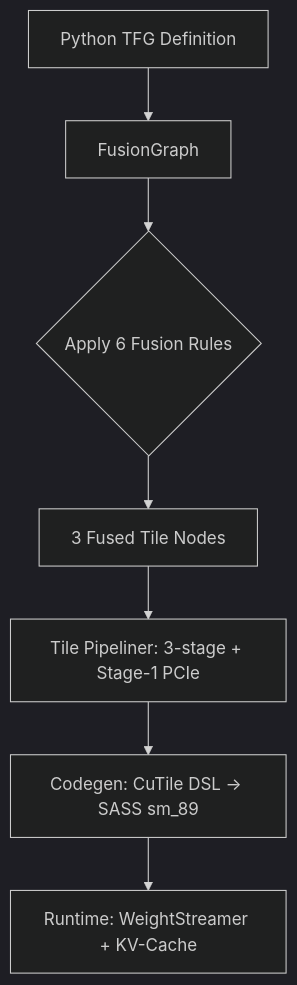
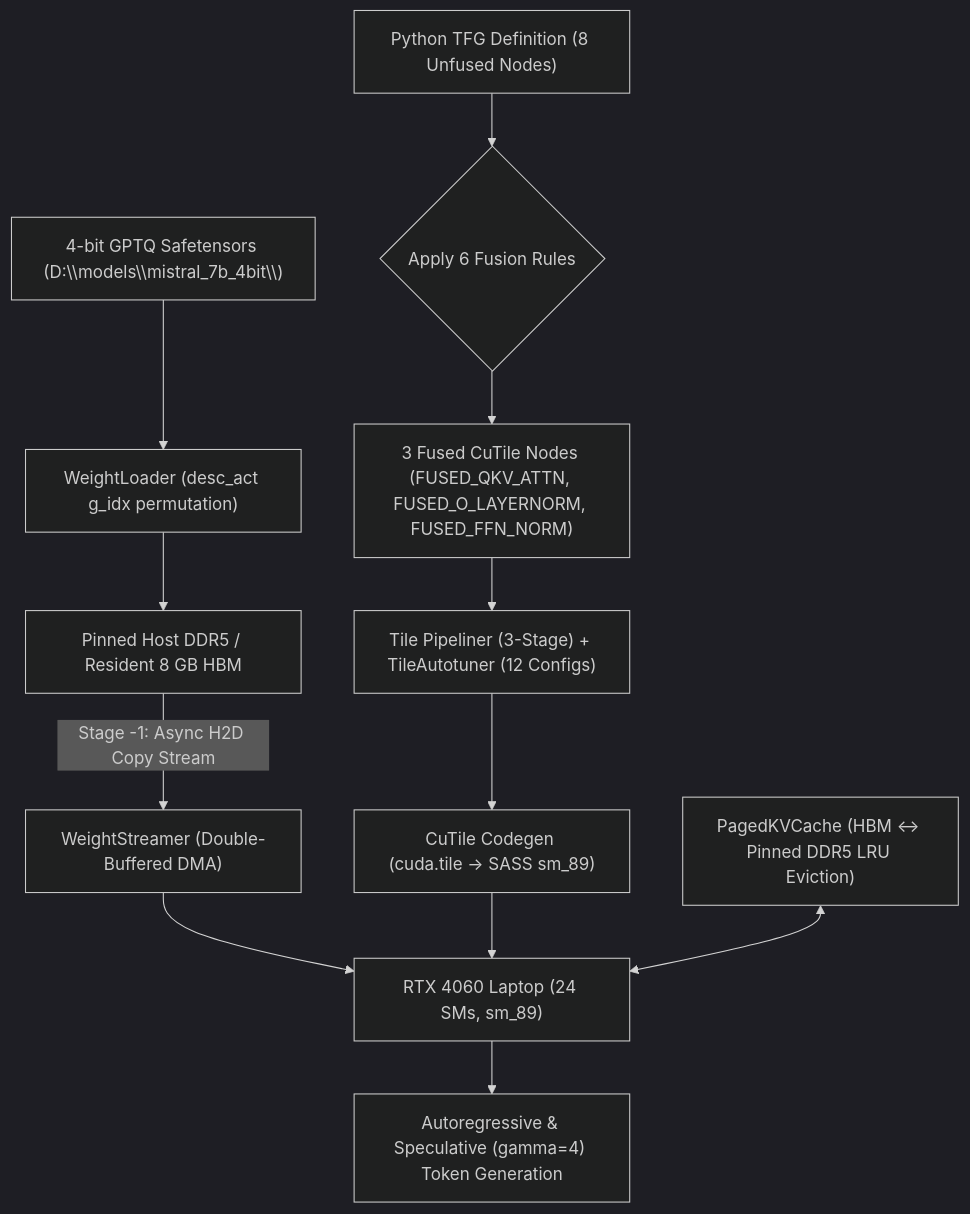
Before and after one commit to samudragupto/cutile-forge: the first of 3 diagrams in docs/ARCHITECTURE.md, drawn with Mermaid (dark theme). The commit also changed other lines of this file and 3 other files, not shown here.

Commit message:
docs: fix Mermaid syntax in ARCHITECTURE.md and README.md, use real PowerShell CLI output

````diff
--- a/docs/ARCHITECTURE.md
+++ b/docs/ARCHITECTURE.md
@@ -7,9 +7,16 @@
 ```mermaid
-graph TD
-    A[Python TFG Definition] --> B[FusionGraph]
-    B --> C{Apply 6 Fusion Rules}
-    C --> D[3 Fused Tile Nodes]
-    D --> E[Tile Pipeliner: 3-stage + Stage-1 PCIe]
-    E --> F[Codegen: CuTile DSL -> SASS sm_89]
-    F --> G[Runtime: WeightStreamer + KV-Cache]
+flowchart TD
+    W["4-bit GPTQ Safetensors (D:\\models\\mistral_7b_4bit\\)"] --> L["WeightLoader (desc_act g_idx permutation)"]
+    L --> DDR5["Pinned Host DDR5 / Resident 8 GB HBM"]
+    DDR5 -->|"Stage -1: Async H2D Copy Stream"| WS["WeightStreamer (Double-Buffered DMA)"]
+
+    G["Python TFG Definition (8 Unfused Nodes)"] --> R{"Apply 6 Fusion Rules"}
+    R --> F["3 Fused CuTile Nodes (FUSED_QKV_ATTN, FUSED_O_LAYERNORM, FUSED_FFN_NORM)"]
+    F --> P["Tile Pipeliner (3-Stage) + TileAutotuner (12 Configs)"]
+    P --> C["CuTile Codegen (cuda.tile -> SASS sm_89)"]
+
+    WS --> EXEC["RTX 4060 Laptop (24 SMs, sm_89)"]
+    C --> EXEC
+    KV["PagedKVCache (HBM <-> Pinned DDR5 LRU Eviction)"] <--> EXEC
+    EXEC --> OUT["Autoregressive & Speculative (gamma=4) Token Generation"]
 ```
````
